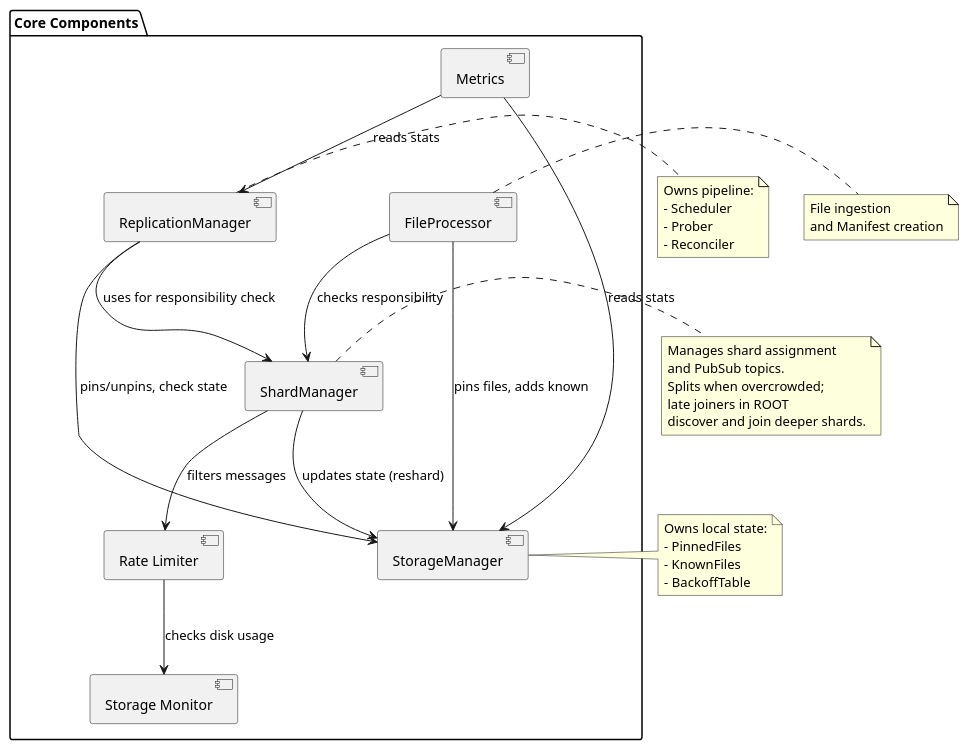
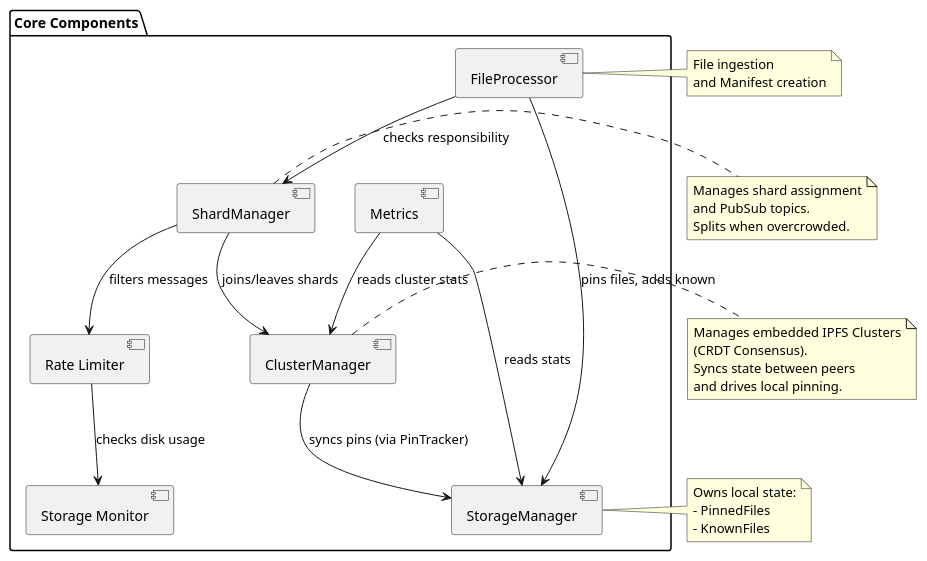
Before and after one commit to gipplab/D-LOCKSS: the diagram in docs/component_diagram.puml, drawn with PlantUML. The commit also changed 23 other files, not shown here.

Commit message:
added ipfs cluster as replication manager

```diff
--- a/docs/component_diagram.puml
+++ b/docs/component_diagram.puml
@@ -1,50 +1,46 @@
 @startuml D-LOCKSS Component Diagram
 
 package "Core Components" {
     component "ShardManager" as ShardManager
+    component "ClusterManager" as ClusterManager
     component "StorageManager" as StorageManager
-    component "ReplicationManager" as ReplicationManager
     component "FileProcessor" as FileProcessor
     component Metrics
     component "Rate Limiter" as RateLimiter
     component "Storage Monitor" as StorageMonitor
 }
 
-ShardManager --> StorageManager : updates state (reshard)
-ReplicationManager --> StorageManager : pins/unpins, check state
-ReplicationManager --> ShardManager : uses for responsibility check
+ShardManager --> ClusterManager : joins/leaves shards
+ClusterManager --> StorageManager : syncs pins (via PinTracker)
 FileProcessor --> StorageManager : pins files, adds known
 FileProcessor --> ShardManager : checks responsibility
 ShardManager --> RateLimiter : filters messages
 RateLimiter --> StorageMonitor : checks disk usage
 Metrics --> StorageManager : reads stats
-Metrics --> ReplicationManager : reads stats
+Metrics --> ClusterManager : reads cluster stats
 
 note right of ShardManager
     Manages shard assignment
     and PubSub topics.
-    Splits when overcrowded;
-    late joiners in ROOT
-    discover and join deeper shards.
+    Splits when overcrowded.
+end note
+
+note right of ClusterManager
+    Manages embedded IPFS Clusters
+    (CRDT Consensus).
+    Syncs state between peers
+    and drives local pinning.
 end note
 
 note right of StorageManager
     Owns local state:
     - PinnedFiles
     - KnownFiles
-    - BackoffTable
-end note
-
-note right of ReplicationManager
-    Owns pipeline:
-    - Scheduler
-    - Prober
-    - Reconciler
 end note
 
 note right of FileProcessor
     File ingestion
     and Manifest creation
 end note
 
 @enduml
```
